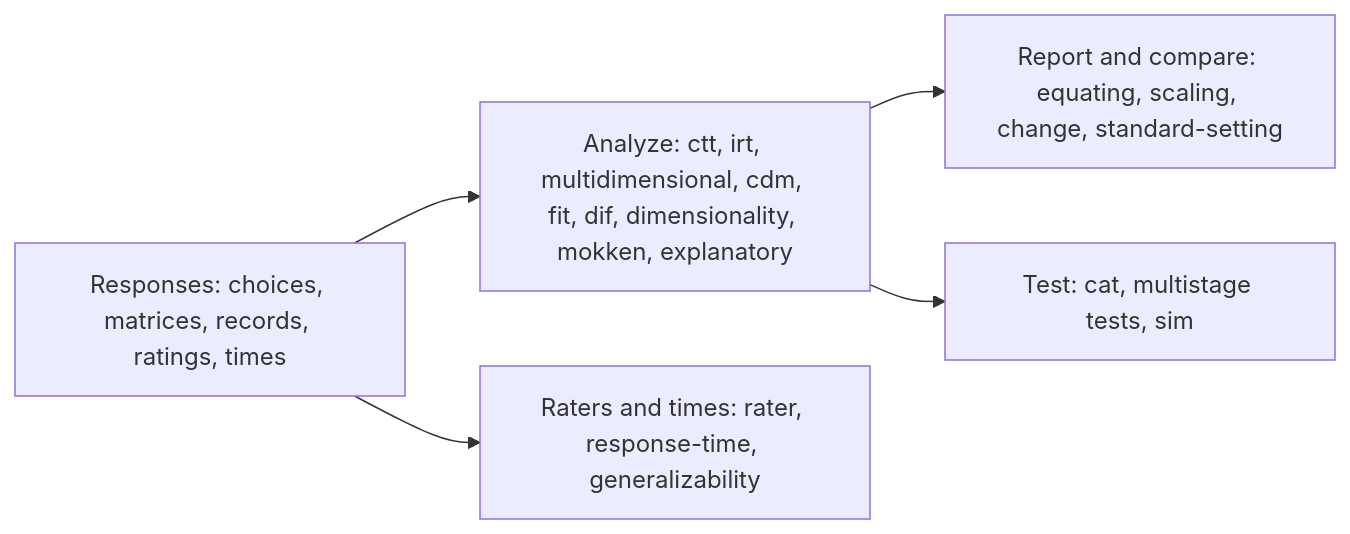
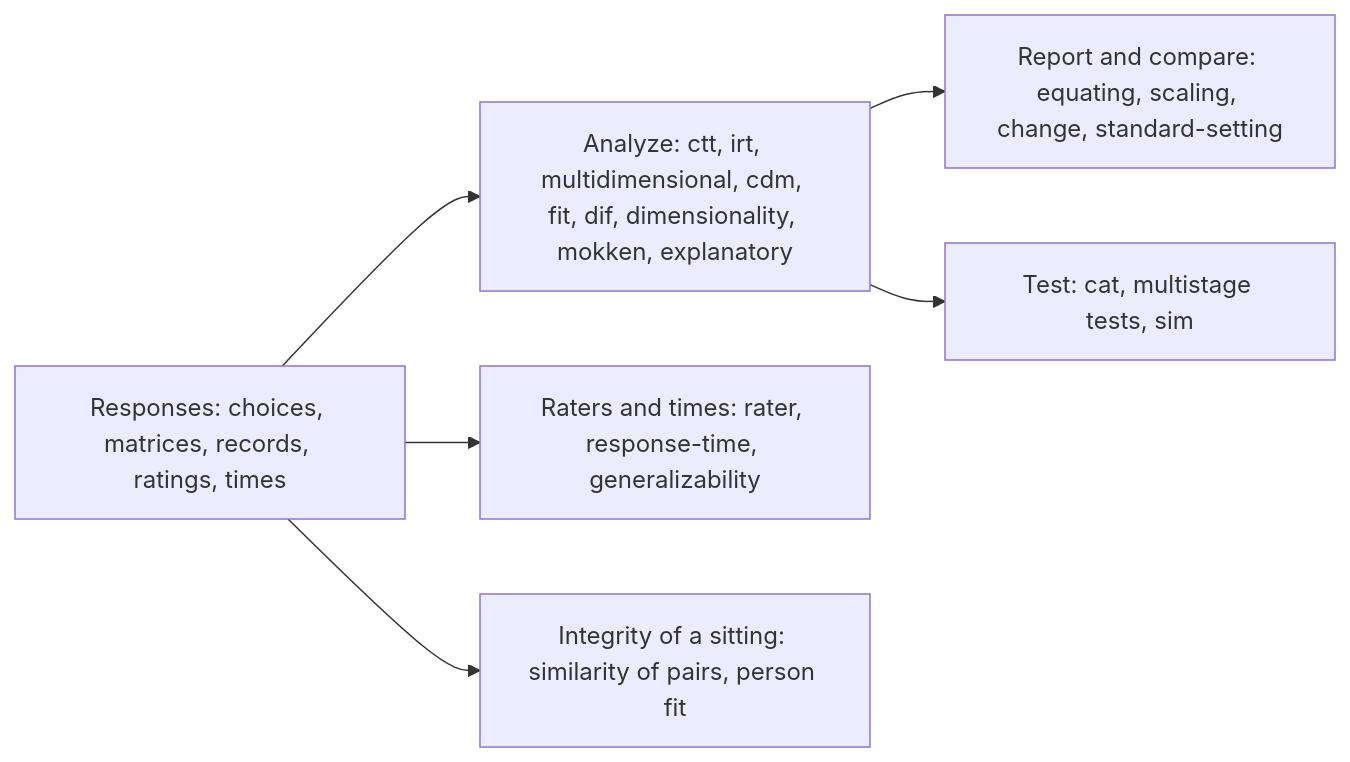
The diagram in packages/psychometrics/README.md (measurekit/measurekit), drawn with Mermaid before and after one commit. The commit also changed other lines of this file and 48 other files, not shown here.

````diff
--- a/packages/psychometrics/README.md
+++ b/packages/psychometrics/README.md
@@ -14,7 +15,8 @@
 ```mermaid
 flowchart LR
   D["Responses: choices, matrices, records, ratings, times"] --> A["Analyze: ctt, irt, multidimensional, cdm, fit, dif, dimensionality, mokken, explanatory"]
   A --> R["Report and compare: equating, scaling, change, standard-setting"]
   A --> T["Test: cat, multistage tests, sim"]
   D --> F["Raters and times: rater, response-time, generalizability"]
+  D --> S["Integrity of a sitting: similarity of pairs, person fit"]
 ```
````
